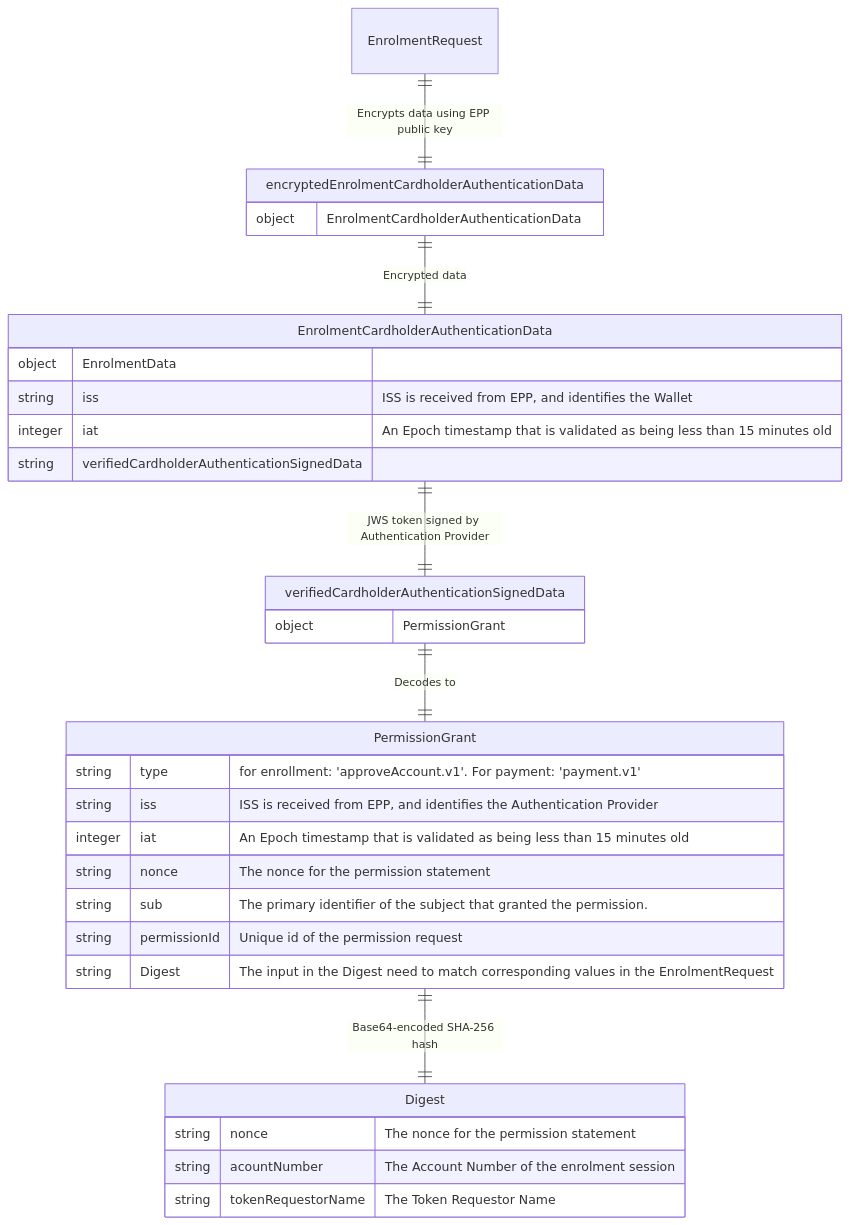
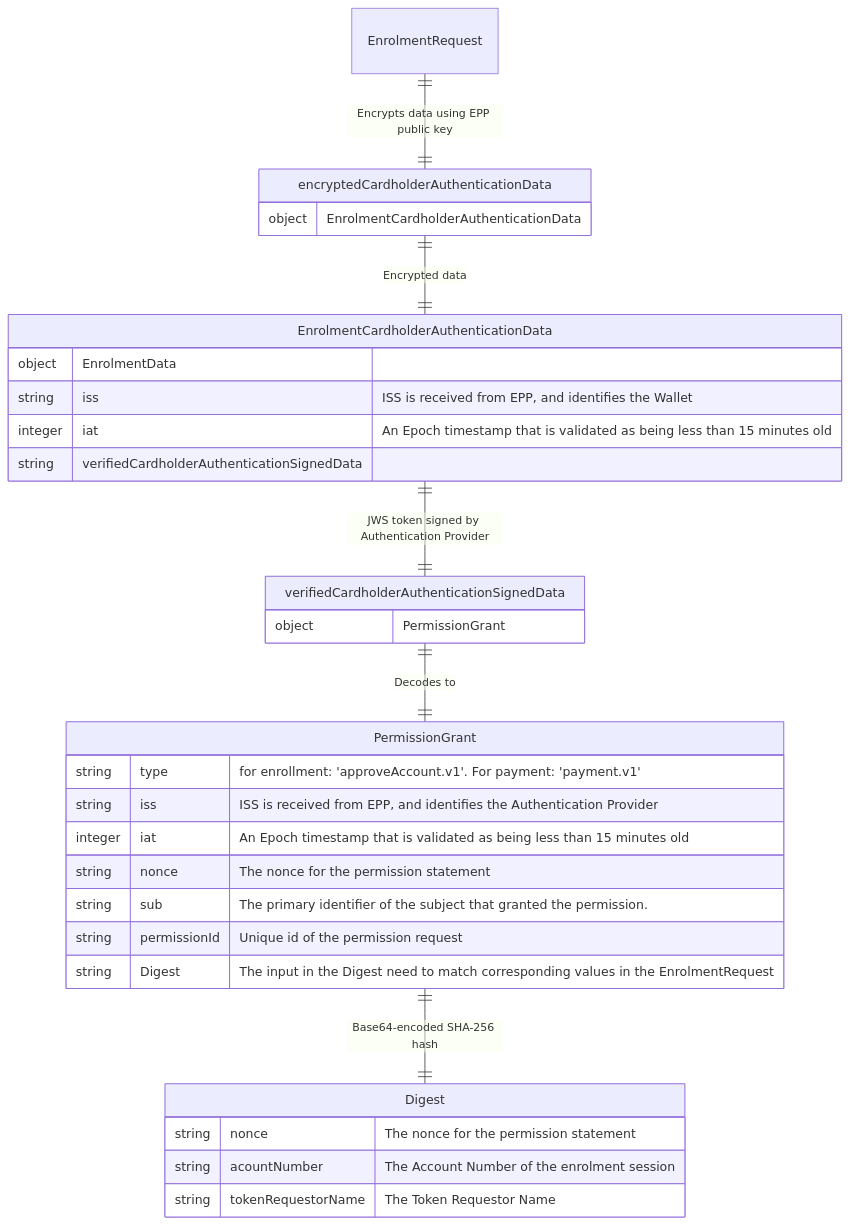
Before and after one commit to BankAxept/bankaxept-epayment-development-kit: the fourth of 7 diagrams in docs/authentication_interoperability.md, drawn with Mermaid. The commit also changed other lines of this file and 1 other file, not shown here.

````diff
--- a/docs/authentication_interoperability.md
+++ b/docs/authentication_interoperability.md
@@ -140,48 +152,48 @@
 ```mermaid
 %%{init: {
   "theme": "default",
   "themeCSS": [
     ".er.relationshipLabel { fill: black; }", 
     ".er.relationshipLabelBox { fill: white; }", 
     ".er.entityBox { fill: lightgray; }",
     "[id^=entity-EnrolmentRequest] .er.entityBox { fill: lightgreen;} ",
     "[id^=entity-encryptedEnrolmentCardholderAuthenticationData] .er.entityBox { fill: lightgreen;} ",
     "[id^=entity-EnrolmentCardholderAuthenticationData] .er.entityBox { fill: lightgreen;} ",
     "[id^=entity-verifiedCardholderAuthenticationSignedData] .er.entityBox { fill: powderblue;} ",
     "[id^=entity-PermissionGrant] .er.entityBox { fill: powderblue;} ",
     "[id^=entity-Digest] .er.entityBox { fill: powderblue;} "
     ]
 }}%%
 erDiagram
-    EnrolmentRequest ||--|| encryptedEnrolmentCardholderAuthenticationData: "Encrypts data using EPP public key"
-    encryptedEnrolmentCardholderAuthenticationData {
+    EnrolmentRequest ||--|| encryptedCardholderAuthenticationData: "Encrypts data using EPP public key"
+    encryptedCardholderAuthenticationData {
         object EnrolmentCardholderAuthenticationData
     }
-    encryptedEnrolmentCardholderAuthenticationData ||--|| EnrolmentCardholderAuthenticationData: "Encrypted data"
+    encryptedCardholderAuthenticationData ||--|| EnrolmentCardholderAuthenticationData: "Encrypted data"
     EnrolmentCardholderAuthenticationData ||--|| verifiedCardholderAuthenticationSignedData: "JWS token signed by Authentication Provider"
     EnrolmentCardholderAuthenticationData {
         object EnrolmentData
         string iss "ISS is received from EPP, and identifies the Wallet"
         integer iat "An Epoch timestamp that is validated as being less than 15 minutes old"
         string verifiedCardholderAuthenticationSignedData
     }
     verifiedCardholderAuthenticationSignedData {
         object PermissionGrant
     }
     verifiedCardholderAuthenticationSignedData ||--|| PermissionGrant: "Decodes to"
     PermissionGrant ||--|| Digest: "Base64-encoded SHA-256 hash"
     PermissionGrant {
         string type "for enrollment: 'approveAccount.v1'. For payment: 'payment.v1'"
         string iss "ISS is received from EPP, and identifies the Authentication Provider"
         integer iat "An Epoch timestamp that is validated as being less than 15 minutes old"
         string nonce "The nonce for the permission statement"
         string sub "The primary identifier of the subject that granted the permission."
         string permissionId "Unique id of the permission request"
         string Digest "The input in the Digest need to match corresponding values in the EnrolmentRequest"
     }
     Digest {
         string nonce "The nonce for the permission statement"
         string acountNumber "The Account Number of the enrolment session"
         string tokenRequestorName "The Token Requestor Name"
     }
 ```
````
